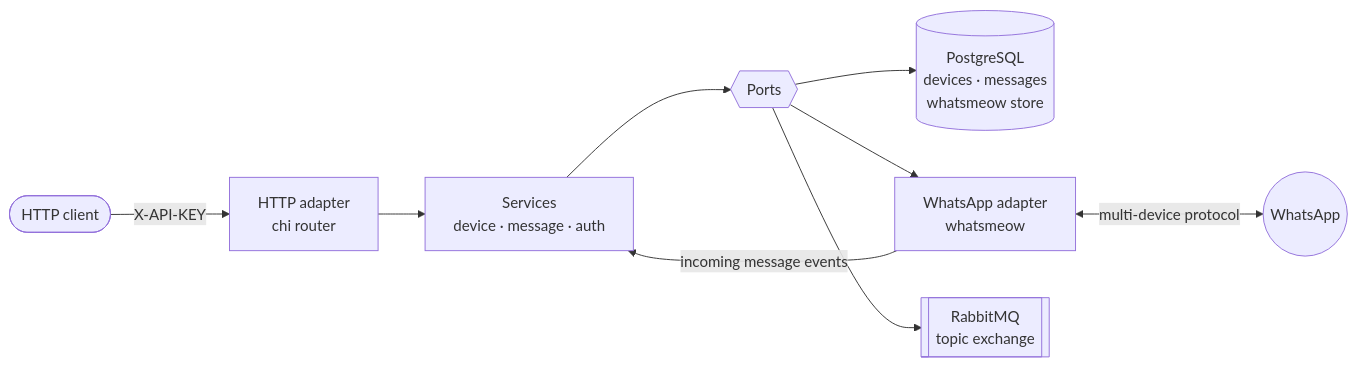
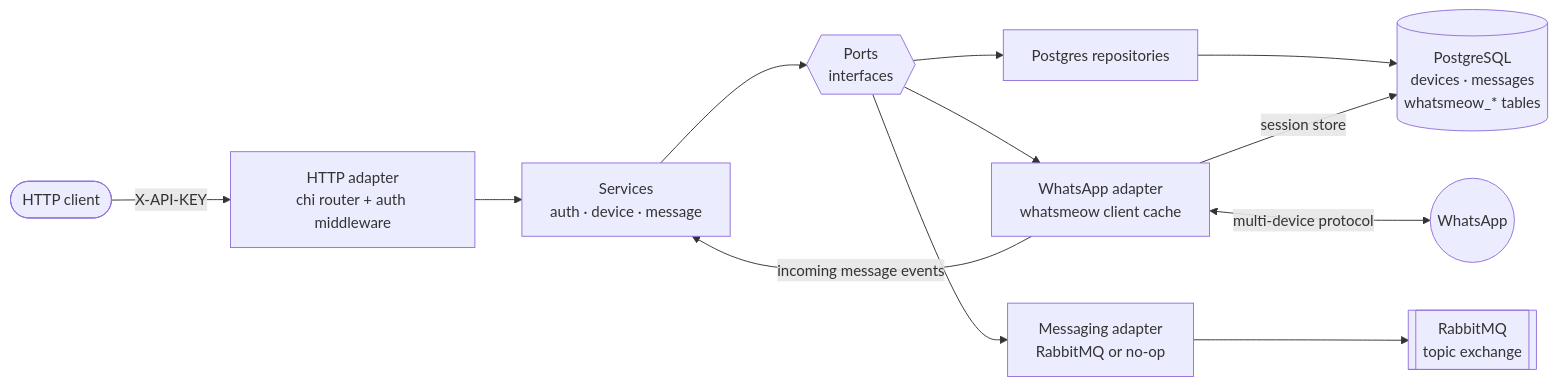
Before and after one commit to LeonardoSola/pulse-api: the first of 4 diagrams in README.md, drawn with Mermaid. The commit also changed other lines of this file, not shown here.

````diff
--- a/README.md
+++ b/README.md
@@ -27,11 +80,14 @@
 ```mermaid
 flowchart LR
-    client([HTTP client]) -->|X-API-KEY| http[HTTP adapter<br/>chi router]
-    http --> services[Services<br/>device · message · auth]
-    services --> ports{{Ports}}
-    ports --> pg[(PostgreSQL<br/>devices · messages<br/>whatsmeow store)]
-    ports --> wa[WhatsApp adapter<br/>whatsmeow]
-    ports --> mq[[RabbitMQ<br/>topic exchange]]
+    client([HTTP client]) -->|X-API-KEY| http[HTTP adapter<br/>chi router + auth middleware]
+    http --> services[Services<br/>auth · device · message]
+    services --> ports{{Ports<br/>interfaces}}
+    ports --> repos[Postgres repositories]
+    ports --> wa[WhatsApp adapter<br/>whatsmeow client cache]
+    ports --> mq[Messaging adapter<br/>RabbitMQ or no-op]
+    repos --> pg[(PostgreSQL<br/>devices · messages<br/>whatsmeow_* tables)]
+    wa -->|session store| pg
     wa <-->|multi-device protocol| whatsapp((WhatsApp))
     wa -->|incoming message events| services
+    mq --> broker[[RabbitMQ<br/>topic exchange]]
 ```
````
